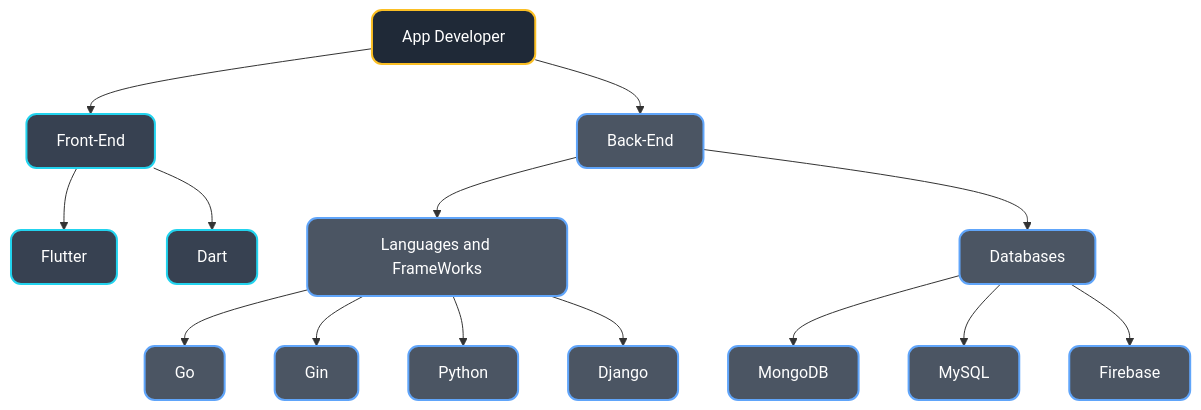
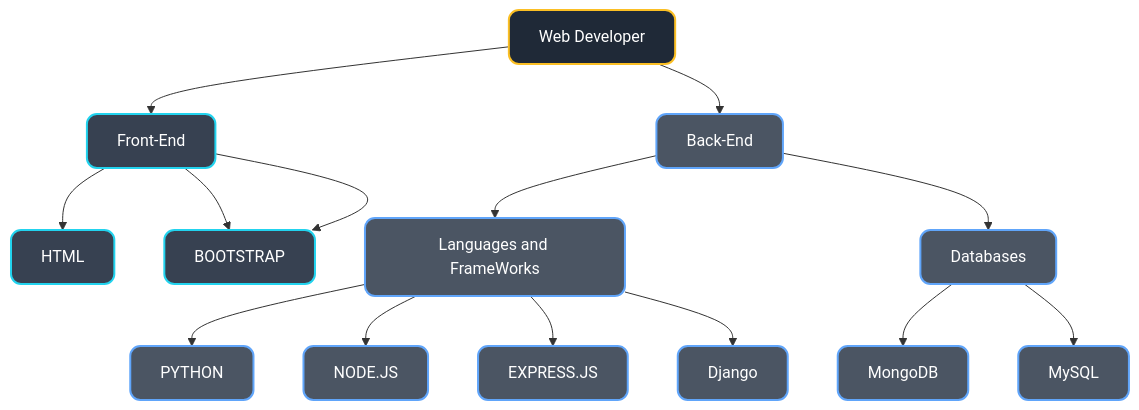
The diagram in README.md (Arshadvkb/Arshadvkb), drawn with Mermaid before and after one commit. The commit also changed other lines of this file, not shown here.

````diff
--- a/README.md
+++ b/README.md
@@ -28,41 +26,42 @@
 ```mermaid
 %% Note: This graph showcases my Technical Skills.  
 %% If it doesn't display, please view it on the GitHub website.
 graph TD
-    A[App Developer] --> B[Front-End]
+    A[Web Developer] --> B[Front-End]
     A --> C[Back-End]
    
     
-    B --> B1[Flutter]
-    B --> B2[Dart]
+    B --> B1[HTML]
+    B --> B2[CSS]
+    B --> B2[BOOTSTRAP]
 
     C --> C1[Languages and FrameWorks]
     C --> C2[Databases]
 
-    C1 --> D1[Go]
-    C1 --> D2[Gin]
-    C1 --> D3[Python]
+    C1 --> D1[PYTHON]
+    C1 --> D2[NODE.JS]
+    C1 --> D3[EXPRESS.JS]
     C1 --> D4[Django]
 
     C2 --> D5[MongoDB]
     C2 --> D6[MySQL]
-    C2 --> D7[Firebase]
+
     
   
    
     
     
   
 
     classDef main fill:#1f2937,stroke:#fbbf24,stroke-width:2px,color:#ffffff,rx:10px,ry:10px;
     classDef mobile fill:#374151,stroke:#22d3ee,stroke-width:2px,color:#ffffff,rx:10px,ry:10px;
     classDef web fill:#4b5563,stroke:#60a5fa,stroke-width:2px,color:#ffffff,rx:10px,ry:10px;
     classDef lang fill:#4b5563,stroke:#60a5fa,stroke-width:2px,color:#ffffff,rx:10px,ry:10px;
 
     class A main;
     class B,B1,B2 mobile;
     class C,C1,C2,C3 web;
     class D1,D2,D3,D4,D5,D6,D7 lang;
     
 
 ```
````
